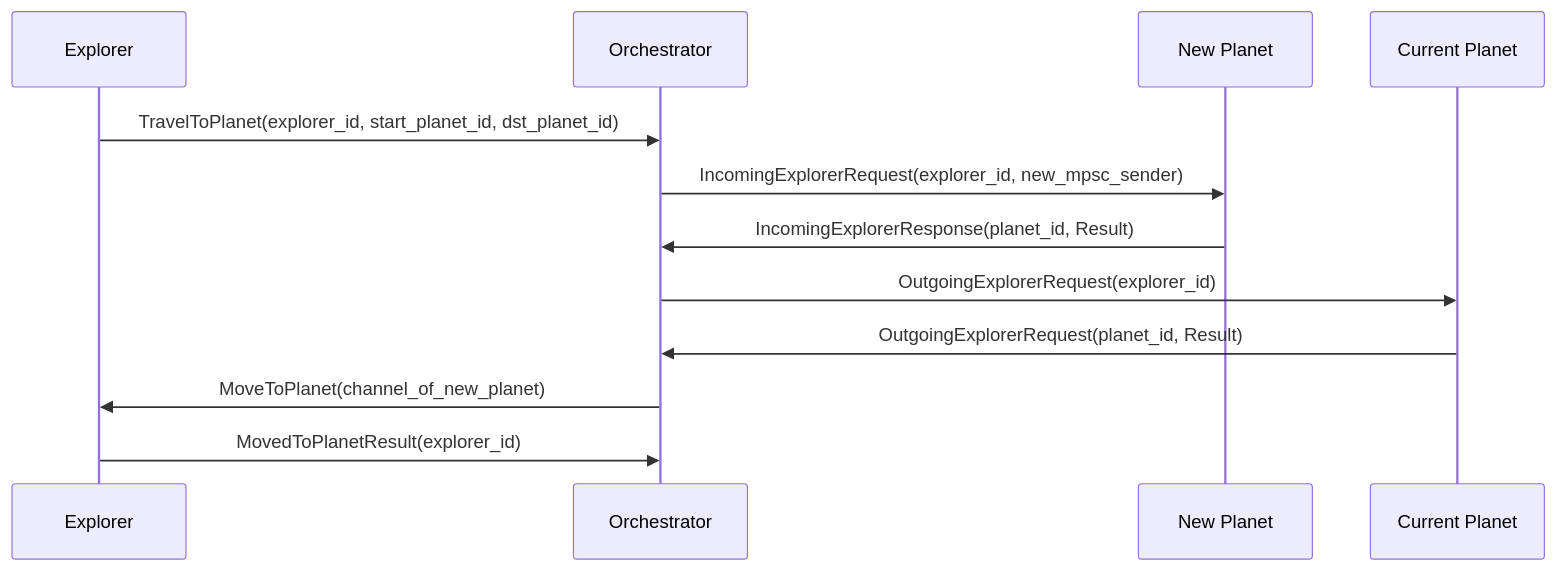
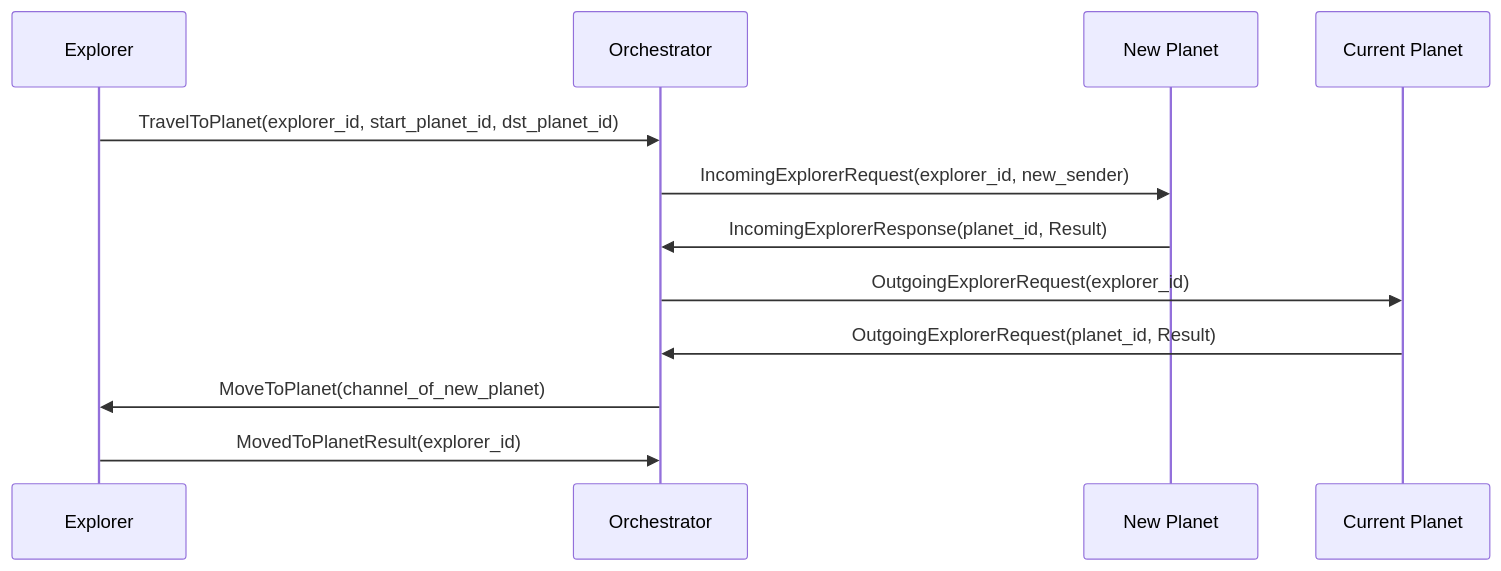
One commit to JacopoMazza/AP_project_utils changed diagram 12 of 23 in sequence_diagram.md. Above: the diagram before and after it, drawn with Mermaid. The commit also changed other lines of this file, not shown here.

Commit message:
Updated Messages and added Reset Explorer user story

````diff
--- a/sequence_diagram.md
+++ b/sequence_diagram.md
@@ -131,18 +141,18 @@
 ```mermaid
 sequenceDiagram
     participant E as Explorer
     participant O as Orchestrator
     participant newP as New Planet
     participant currP as Current Planet
 
 
 
     E->>O: TravelToPlanet(explorer_id, start_planet_id, dst_planet_id)
-    O ->> newP: IncomingExplorerRequest(explorer_id, new_mpsc_sender)
+    O ->> newP: IncomingExplorerRequest(explorer_id, new_sender)
     newP ->> O: IncomingExplorerResponse(planet_id, Result)
     O ->> currP: OutgoingExplorerRequest(explorer_id)
     currP ->> O: OutgoingExplorerRequest(planet_id, Result)
 
     O ->>E: MoveToPlanet(channel_of_new_planet)
     E->> O: MovedToPlanetResult(explorer_id)
 ```
````
